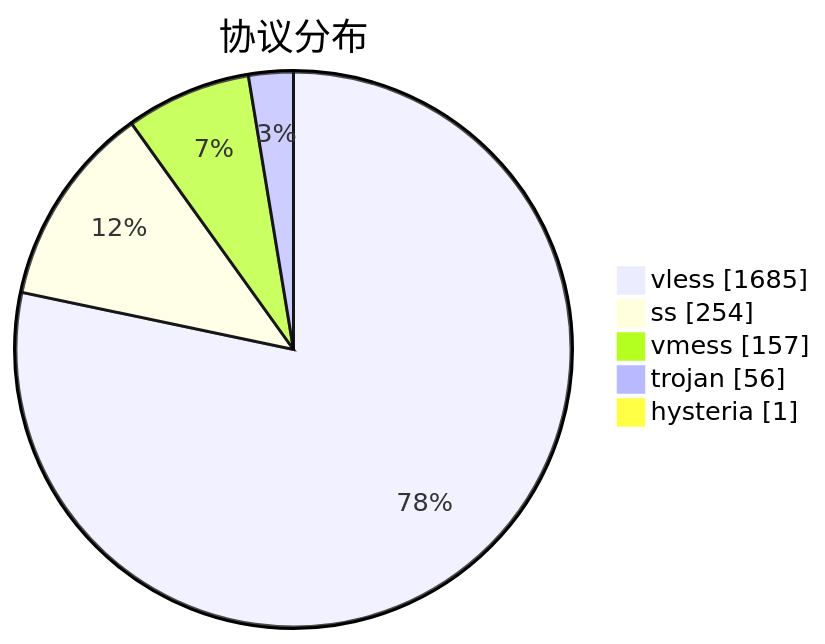
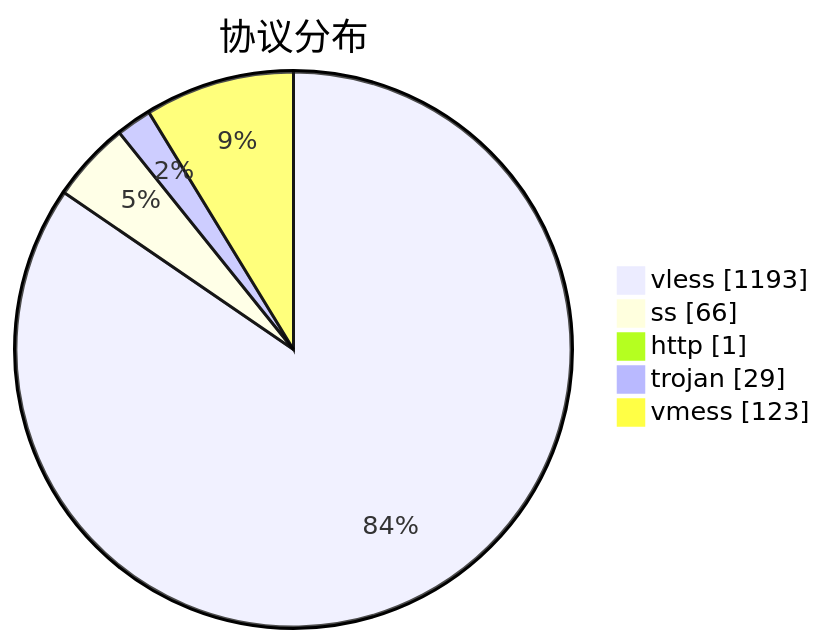
Before and after one commit to qjlxg/airport: the third of 3 diagrams in subs/statistics/tested_within.md, drawn with Mermaid. The commit also changed other lines of this file and 2 other files, not shown here.

````diff
--- a/subs/statistics/tested_within.md
+++ b/subs/statistics/tested_within.md
@@ -65,9 +45,9 @@
 ```mermaid
 pie showData
 title 协议分布
-"vless" : 1685
-"ss" : 254
-"vmess" : 157
-"trojan" : 56
-"hysteria" : 1
+"vless" : 1193
+"ss" : 66
+"http" : 1
+"trojan" : 29
+"vmess" : 123
 ```
````
